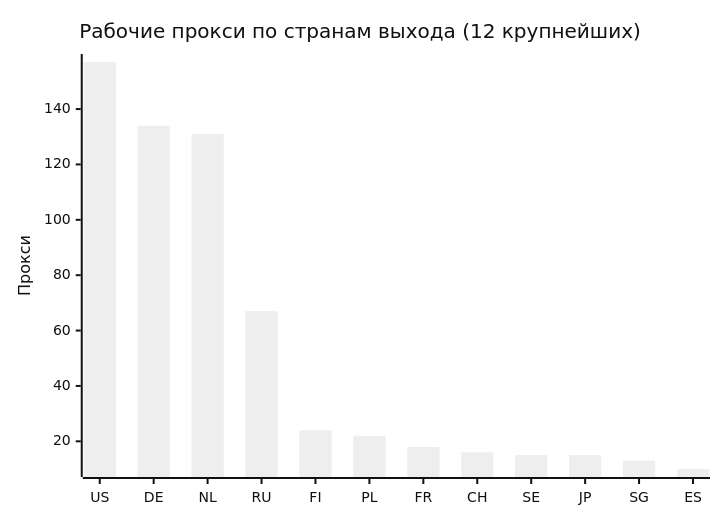
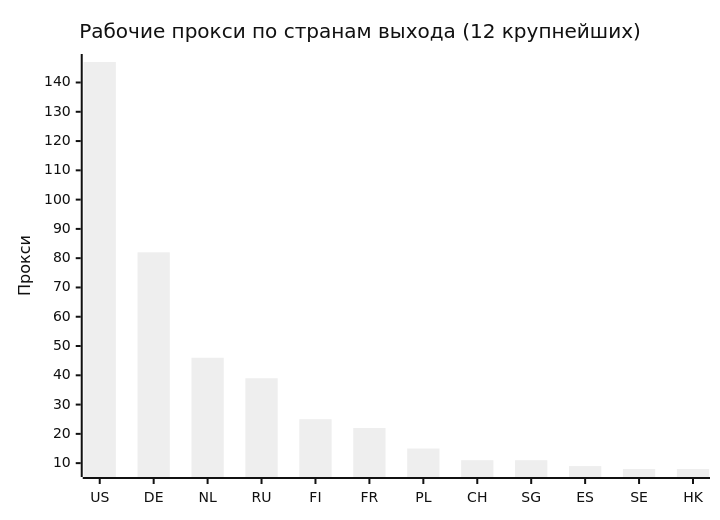
One commit to rvvg/proxy-subs changed the second of 4 diagrams in README.md. Above: the diagram before and after it, drawn with Mermaid (neutral theme). The commit also changed other lines of this file and 45 other files, not shown here.

````diff
--- a/README.md
+++ b/README.md
@@ -127,7 +120,7 @@
 ```mermaid
 xychart-beta
     title "Рабочие прокси по странам выхода (12 крупнейших)"
-    x-axis ["US", "DE", "NL", "RU", "FI", "PL", "FR", "CH", "SE", "JP", "SG", "ES"]
+    x-axis ["US", "DE", "NL", "RU", "FI", "FR", "PL", "CH", "SG", "ES", "SE", "HK"]
     y-axis "Прокси"
-    bar [157, 134, 131, 67, 24, 22, 18, 16, 15, 15, 13, 10]
+    bar [147, 82, 46, 39, 25, 22, 15, 11, 11, 9, 8, 8]
 ```
````
